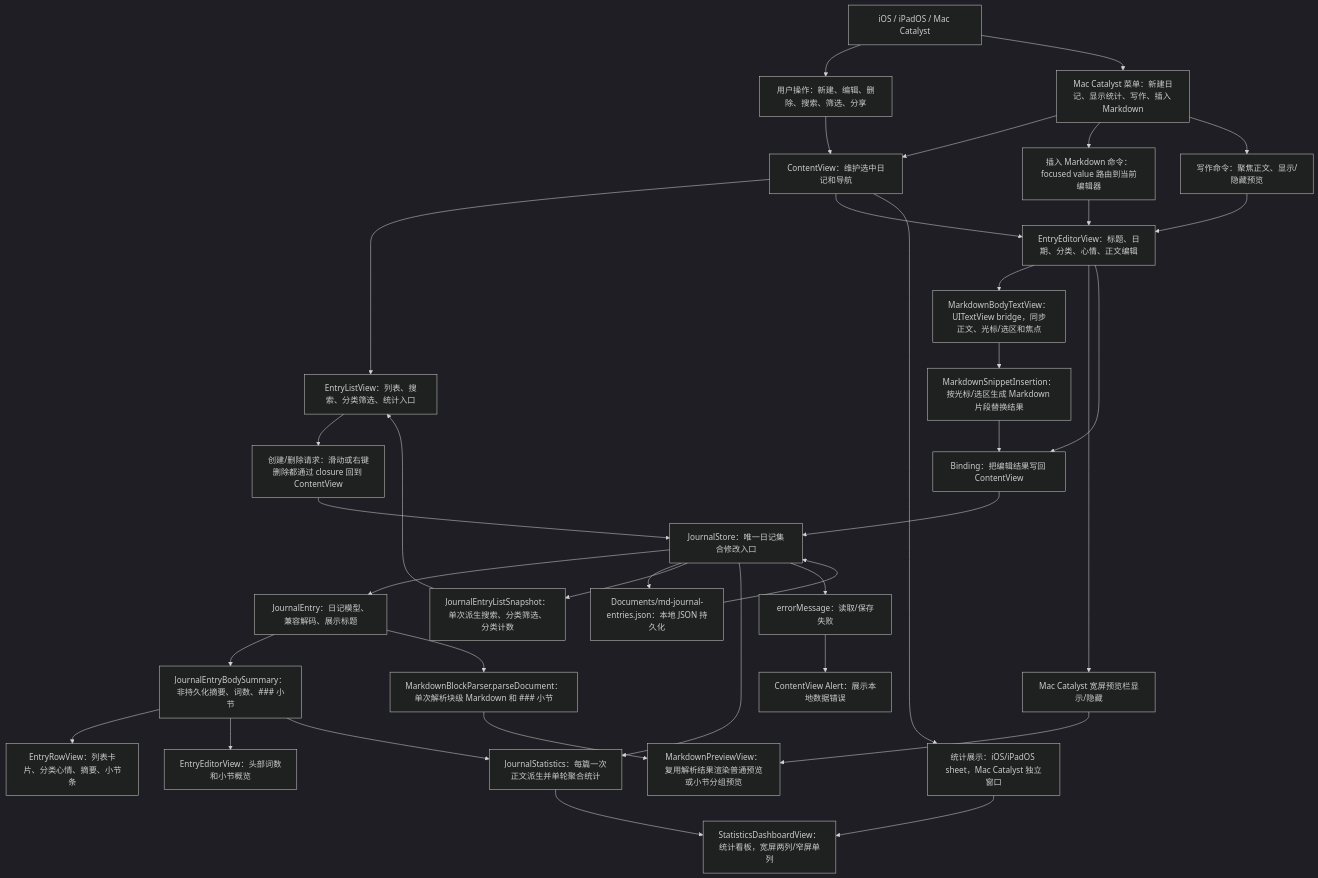
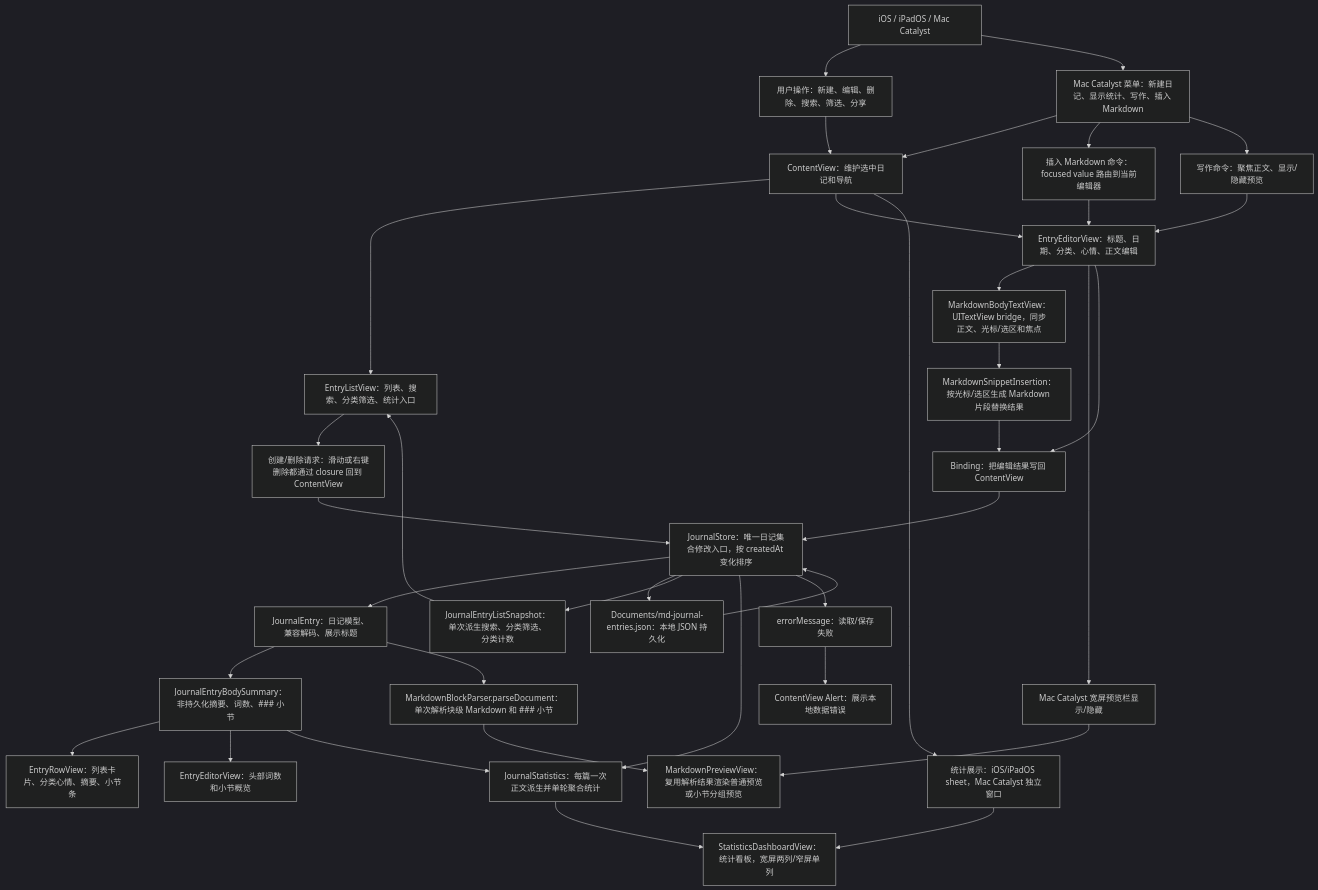
The first of 5 diagrams in md/flow/flowchart.md (Altman-sam114/117), drawn with Mermaid (dark theme) before and after one commit. The commit also changed other lines of this file and 8 other files, not shown here.

````diff
--- a/md/flow/flowchart.md
+++ b/md/flow/flowchart.md
@@ -9,39 +9,39 @@
 ```mermaid
 flowchart TD
   Platform["iOS / iPadOS / Mac Catalyst"] --> User["用户操作：新建、编辑、删除、搜索、筛选、分享"]
   Platform --> Menu["Mac Catalyst 菜单：新建日记、显示统计、写作、插入 Markdown"]
   User --> CV["ContentView：维护选中日记和导航"]
   Menu --> CV
   CV --> List["EntryListView：列表、搜索、分类筛选、统计入口"]
   CV --> Editor["EntryEditorView：标题、日期、分类、心情、正文编辑"]
   Menu --> SnippetCommand["插入 Markdown 命令：focused value 路由到当前编辑器"]
   SnippetCommand --> Editor
   Menu --> WritingCommand["写作命令：聚焦正文、显示/隐藏预览"]
   WritingCommand --> Editor
   Editor --> BodyTextView["MarkdownBodyTextView：UITextView bridge，同步正文、光标/选区和焦点"]
   BodyTextView --> SnippetInsertion["MarkdownSnippetInsertion：按光标/选区生成 Markdown 片段替换结果"]
   SnippetInsertion --> Binding
   Editor --> PreviewToggle["Mac Catalyst 宽屏预览栏显示/隐藏"]
   PreviewToggle --> Preview
   List --> CreateDelete["创建/删除请求：滑动或右键删除都通过 closure 回到 ContentView"]
   Editor --> Binding["Binding<JournalEntry>：把编辑结果写回 ContentView"]
-  CreateDelete --> Store["JournalStore：唯一日记集合修改入口"]
+  CreateDelete --> Store["JournalStore：唯一日记集合修改入口，按 createdAt 变化排序"]
   Binding --> Store
   Store --> Model["JournalEntry：日记模型、兼容解码、展示标题"]
   Store --> JSON["Documents/md-journal-entries.json：本地 JSON 持久化"]
   JSON --> Store
   Model --> Summary["JournalEntryBodySummary：非持久化摘要、词数、### 小节"]
   Store --> ListSnapshot["JournalEntryListSnapshot：单次派生搜索、分类筛选、分类计数"]
   ListSnapshot --> List
   Model --> Parser["MarkdownBlockParser.parseDocument：单次解析块级 Markdown 和 ### 小节"]
   Parser --> Preview["MarkdownPreviewView：复用解析结果渲染普通预览或小节分组预览"]
   Store --> Stats["JournalStatistics：每篇一次正文派生并单轮聚合统计"]
   CV --> StatsSurface["统计展示：iOS/iPadOS sheet，Mac Catalyst 独立窗口"]
   StatsSurface --> Dashboard["StatisticsDashboardView：统计看板，宽屏两列/窄屏单列"]
   Stats --> Dashboard
   Summary --> Row["EntryRowView：列表卡片、分类心情、摘要、小节条"]
   Summary --> EditorStats["EntryEditorView：头部词数和小节概览"]
   Summary --> Stats
   Store --> Error["errorMessage：读取/保存失败"]
   Error --> Alert["ContentView Alert：展示本地数据错误"]
 ```
````
